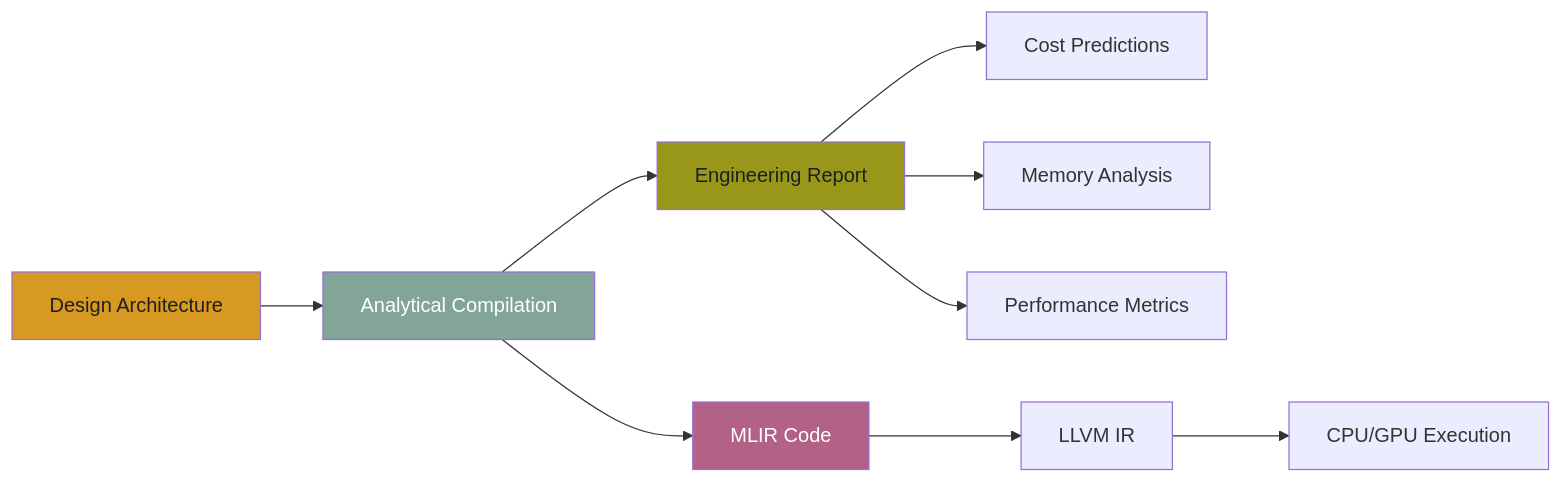
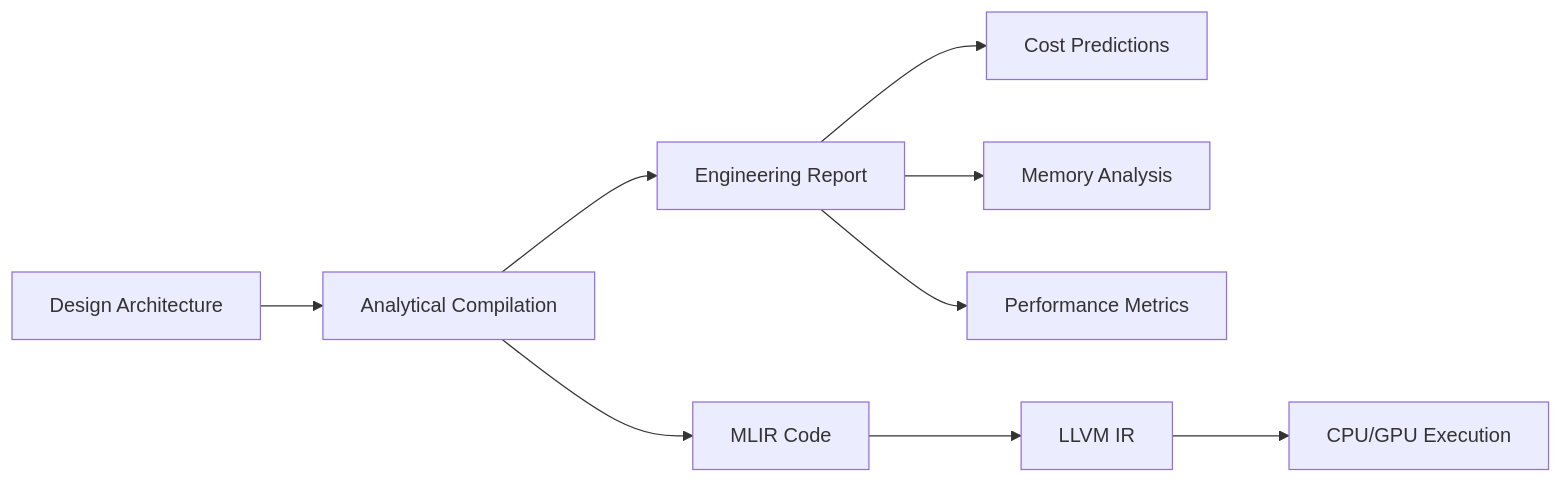
One commit to NEURAX-canvas/NEURAX changed the first of 3 diagrams in README.md. Above: the diagram before and after it, drawn with Mermaid. The commit also changed other lines of this file, not shown here.

````diff
--- a/README.md
+++ b/README.md
@@ -90,18 +73,11 @@
 ```mermaid
 flowchart LR
     A[Design Architecture] --> B[Analytical Compilation]
     B --> C[Engineering Report]
     B --> D[MLIR Code]
-    
     C --> E[Cost Predictions]
     C --> F[Memory Analysis]
     C --> G[Performance Metrics]
-    
     D --> H[LLVM IR]
     H --> I[CPU/GPU Execution]
-    
-    style A fill:#d79921,color:#1d2021
-    style B fill:#83a598,color:#fff
-    style C fill:#98971a,color:#1d2021
-    style D fill:#b16286,color:#fff
 ```
````
